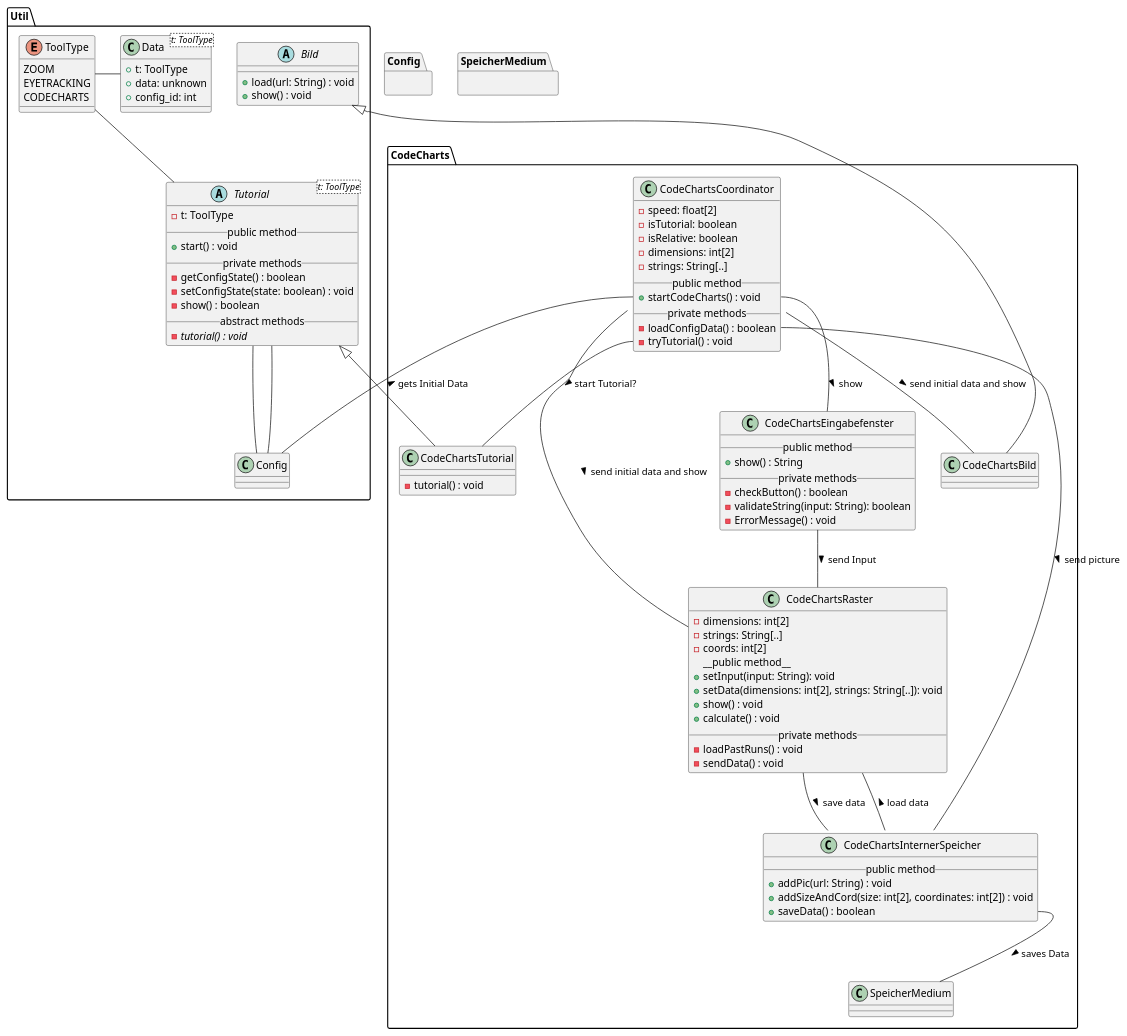
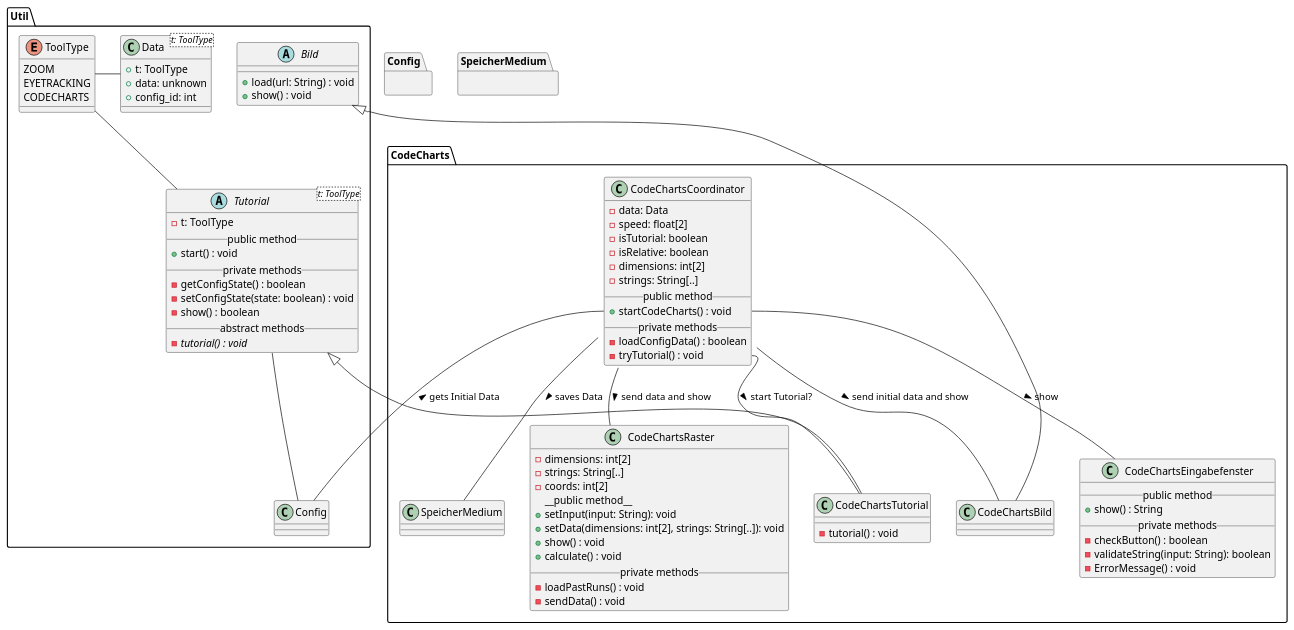
One commit to weichware10/meilensteine changed the diagram in meilenstein_03/uml-code_charts/uml-code_charts.puml. Above: the diagram before and after it, drawn with PlantUML.

Commit message:
removewed Interner Speicher

```diff
--- a/meilenstein_03/uml-code_charts/uml-code_charts.puml
+++ b/meilenstein_03/uml-code_charts/uml-code_charts.puml
@@ -1,132 +1,120 @@
 @startuml code_charts
 ' skinparam backgroundColor transparent
 '() System #DA70D5
 top to bottom direction
 
 package Util {
     ' --- TUTORIAL ---
     abstract Tutorial<t: ToolType> {
       - t: ToolType
       __public method__
       + start() : void
       __private methods__
       - getConfigState() : boolean
       - setConfigState(state: boolean) : void
       - show() : boolean
       __abstract methods__
       - {abstract} tutorial() : void
     }
 
     enum ToolType {
       ZOOM
       EYETRACKING
       CODECHARTS
     }
 
     ' Interaktionen
     Tutorial -u- ToolType
     Data -r- ToolType
     Tutorial -d- Config
 
 
     ' --- BILD ---
 
     abstract Bild {
       + load(url: String) : void
       + show() : void
     }
 
     class Data<t: ToolType> {
         + t: ToolType
         + data: unknown
         + config_id: int
     }
 }
 
 ' === CODE CHARTS ===
 package CodeCharts {
 
     ' CodeCharts Tutorial 
     class CodeChartsTutorial {
       - tutorial() : void
     }
   
     ' CodeCharts Coordinator
     class CodeChartsCoordinator {
+        - data: Data
         - speed: float[2]
         - isTutorial: boolean
         - isRelative: boolean
         - dimensions: int[2]
         - strings: String[..]
         __public method__
         + startCodeCharts() : void
         __private methods__
         - loadConfigData() : boolean
         - tryTutorial() : void
     }    
-
-    ' CodeCharts Interner Speicher
-    class CodeChartsInternerSpeicher {
-        __public method__
-        + addPic(url: String) : void
-        + addSizeAndCord(size: int[2], coordinates: int[2]) : void
-        + saveData() : boolean
-    }
 
     ' CodeCharts Bild
     class CodeChartsBild {
     }
 
     ' CodeCharts Raster
     class CodeChartsRaster {
         ' Unsicher ob es sinnvoll ist alle vorherigen Durchläufe auf einmal zu laden
         - dimensions: int[2]
         - strings: String[..]
         - coords: int[2]
         __public method__ 
         + setInput(input: String): void
         + setData(dimensions: int[2], strings: String[..]): void
         + show() : void
         + calculate() : void
         __private methods__
         - loadPastRuns() : void
         - sendData() : void
     }
 
     ' CodeCharts Eingabefenster
     class CodeChartsEingabefenster {
         __public method__
         + show() : String
         __private methods__
         - checkButton() : boolean
         - validateString(input: String): boolean
         - ErrorMessage() : void
     }
 
   ' Vererbungen
   Bild <|-d- CodeChartsBild
   Tutorial <|-d- CodeChartsTutorial
 
   ' Interaktionen 
-  Tutorial -d- Config
   CodeChartsCoordinator -- CodeChartsBild : > send initial data and show
-  CodeChartsCoordinator -- CodeChartsRaster : > send initial data and show
+  CodeChartsCoordinator -- CodeChartsRaster : > send data and show
   CodeChartsCoordinator::startCodeCharts -- CodeChartsEingabefenster : > show
-  CodeChartsCoordinator::loadConfigData -- CodeChartsInternerSpeicher : > send picture
   CodeChartsCoordinator::tryTutorial -- CodeChartsTutorial : > start Tutorial?
-  CodeChartsRaster -- CodeChartsInternerSpeicher : < load data
-  CodeChartsRaster -- CodeChartsInternerSpeicher : > save data
-  CodeChartsEingabefenster -- CodeChartsRaster : > send Input
 
   ' Andere Module
-  CodeChartsInternerSpeicher::saveData -- SpeicherMedium : > saves Data
+  CodeChartsCoordinator -- SpeicherMedium : > saves Data
   CodeChartsCoordinator::startCodeCharts -- Config : < gets Initial Data
   
 }
 
 ' Blackboxen / Andere Module
 package Config {}
 
 package SpeicherMedium {}
 
 @enduml
```
